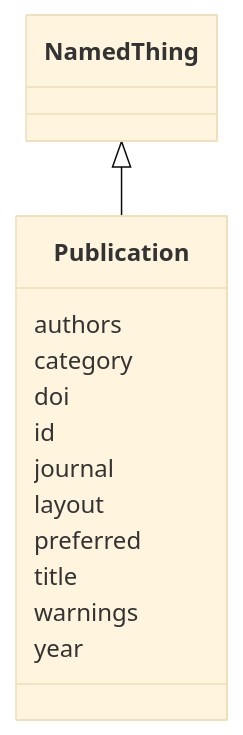
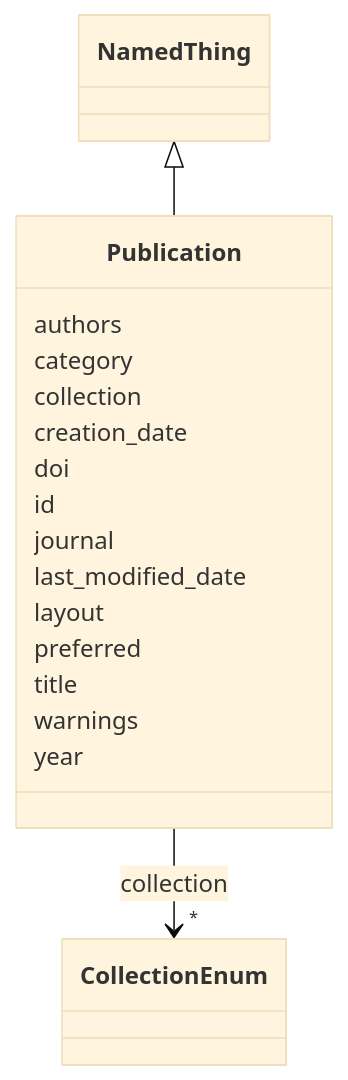
The diagram in docs/schema/Publication.md (Knowledge-Graph-Hub/kg-registry), drawn with Mermaid (base theme) before and after one commit. The commit also changed other lines of this file and 141 other files, not shown here.

````diff
--- a/docs/schema/Publication.md
+++ b/docs/schema/Publication.md
@@ -24,29 +23,44 @@
 ```mermaid
  classDiagram
     class Publication
-    click Publication href "Publication.html"
+    click Publication href "Publication/.html"
       NamedThing <|-- Publication
-        click NamedThing href "NamedThing.html"
-      
+        click NamedThing href "NamedThing/.html"
+
       Publication : authors
-        
+
       Publication : category
-        
+
+      Publication : collection
+
+
+
+
+
+        Publication --> "*" CollectionEnum : collection
+        click CollectionEnum href "CollectionEnum/.html"
+
+
+
+      Publication : creation_date
+
       Publication : doi
-        
+
       Publication : id
-        
+
       Publication : journal
-        
+
+      Publication : last_modified_date
+
       Publication : layout
-        
+
       Publication : preferred
-        
+
       Publication : title
-        
+
       Publication : warnings
-        
+
       Publication : year
-        
-      
+
+
 ```
````
